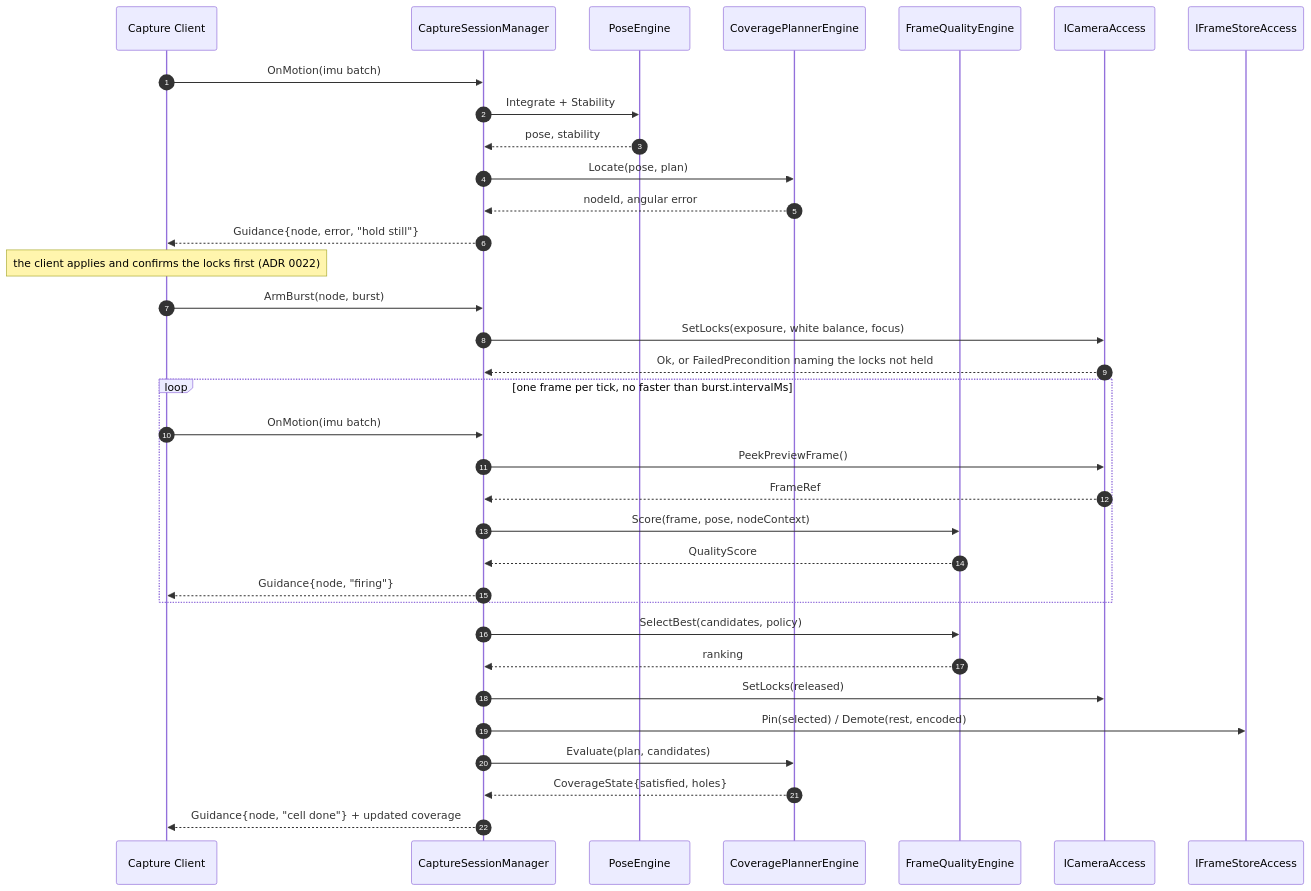
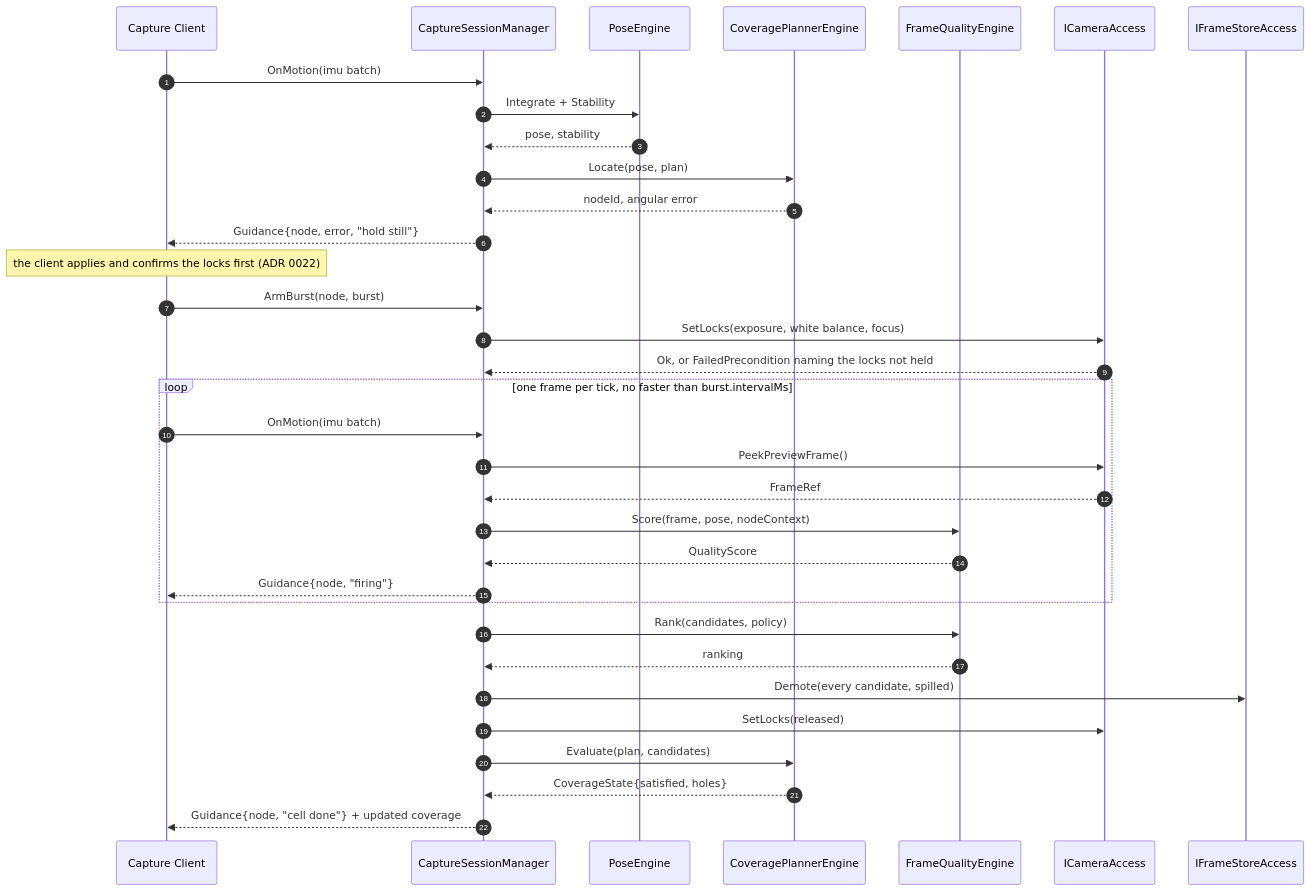
One commit to h3ll5ur7er/sphanorama changed the third of 4 diagrams in docs/03-architecture.md. Above: the diagram before and after it, drawn with Mermaid. The commit also changed other lines of this file and 8 other files, not shown here.

````diff
--- a/docs/03-architecture.md
+++ b/docs/03-architecture.md
@@ -257,37 +257,37 @@
 ```mermaid
 sequenceDiagram
   autonumber
   participant U as Capture Client
   participant M as CaptureSessionManager
   participant P as PoseEngine
   participant V as CoveragePlannerEngine
   participant Q as FrameQualityEngine
   participant C as ICameraAccess
   participant F as IFrameStoreAccess
 
   U->>M: OnMotion(imu batch)
   M->>P: Integrate + Stability
   P-->>M: pose, stability
   M->>V: Locate(pose, plan)
   V-->>M: nodeId, angular error
   M-->>U: Guidance{node, error, "hold still"}
   Note over U: the client applies and confirms the locks first (ADR 0022)
   U->>M: ArmBurst(node, burst)
   M->>C: SetLocks(exposure, white balance, focus)
   C-->>M: Ok, or FailedPrecondition naming the locks not held
   loop one frame per tick, no faster than burst.intervalMs
     U->>M: OnMotion(imu batch)
     M->>C: PeekPreviewFrame()
     C-->>M: FrameRef
     M->>Q: Score(frame, pose, nodeContext)
     Q-->>M: QualityScore
     M-->>U: Guidance{node, "firing"}
   end
-  M->>Q: SelectBest(candidates, policy)
+  M->>Q: Rank(candidates, policy)
   Q-->>M: ranking
+  M->>F: Demote(every candidate, spilled)
   M->>C: SetLocks(released)
-  M->>F: Pin(selected) / Demote(rest, encoded)
   M->>V: Evaluate(plan, candidates)
   V-->>M: CoverageState{satisfied, holes}
   M-->>U: Guidance{node, "cell done"} + updated coverage
 ```
````
